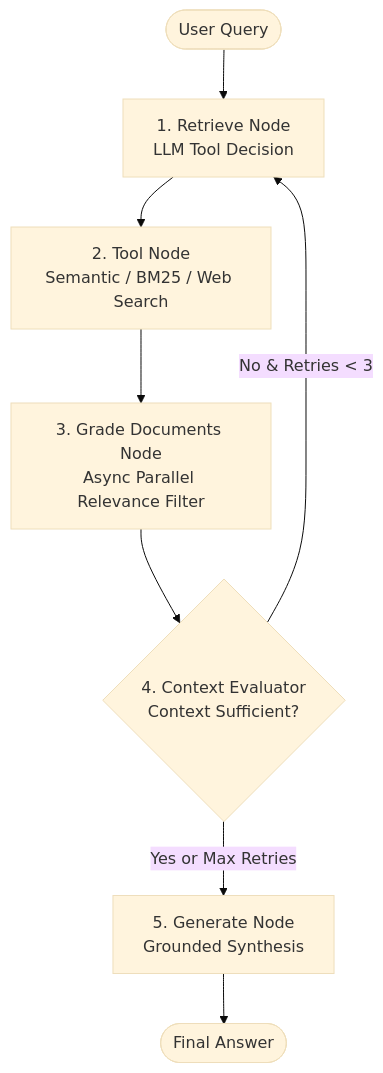
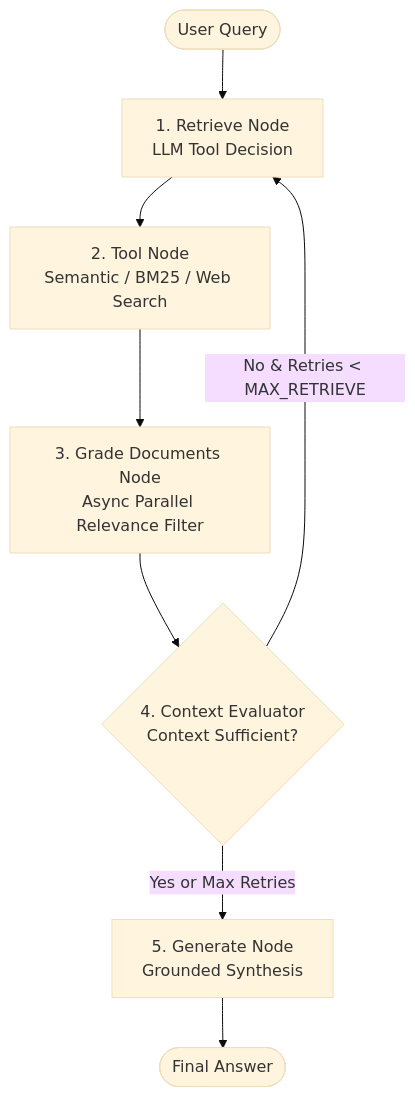
One commit to kohaku4869/slidegen-rag changed the diagram in README.md. Above: the diagram before and after it, drawn with Mermaid (base theme). The commit also changed other lines of this file, not shown here.

````diff
--- a/README.md
+++ b/README.md
@@ -28,10 +28,10 @@
 ```mermaid
 flowchart TD
     Start([User Query]) --> RetrieveNode[1. Retrieve Node\nLLM Tool Decision]
     RetrieveNode --> ToolNode[2. Tool Node\nSemantic / BM25 / Web Search]
     ToolNode --> GradeNode[3. Grade Documents Node\nAsync Parallel Relevance Filter]
     GradeNode --> EvalNode{4. Context Evaluator\nContext Sufficient?}
-    EvalNode -- No & Retries < 3 --> RetrieveNode
+    EvalNode -- No & Retries < MAX_RETRIEVE --> RetrieveNode
     EvalNode -- Yes or Max Retries --> GenNode[5. Generate Node\nGrounded Synthesis]
     GenNode --> EndNode([Final Answer])
 ```
````
